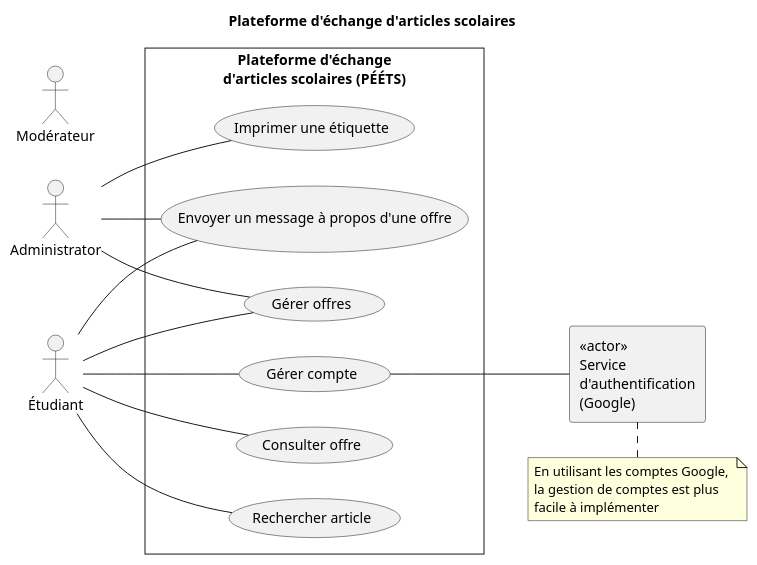
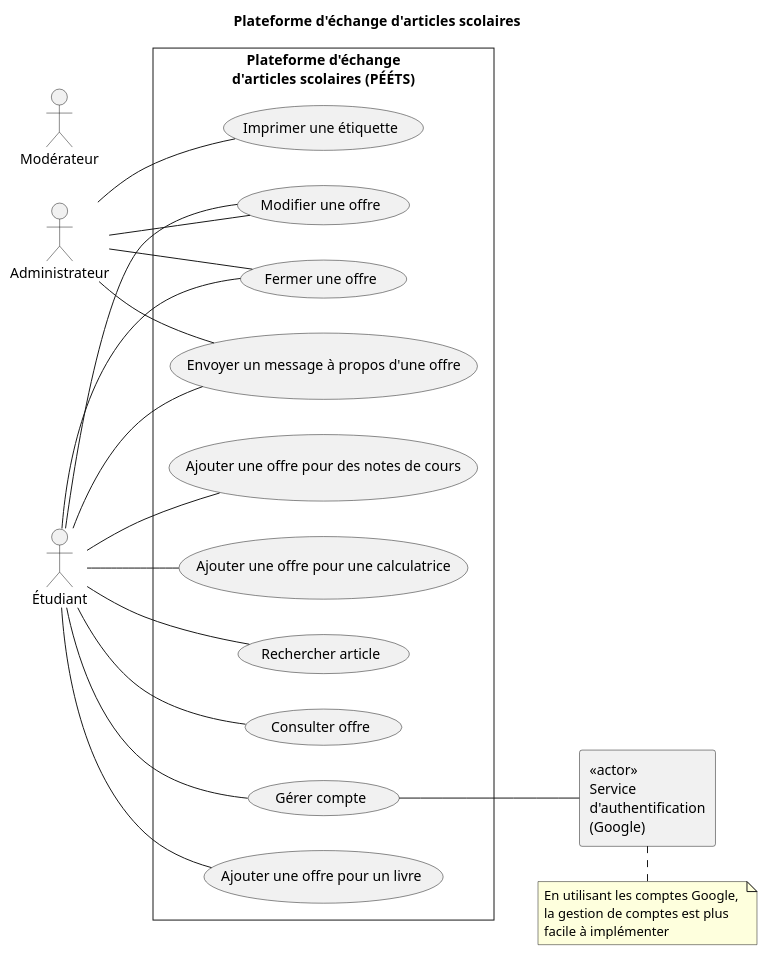
The diagram in OOAD/usecase.puml (fuhrmanator/gti792-peets), drawn with PlantUML before and after one commit.

Commit message:
Séparation du cas Gérer une offre
Nouveaux CUs : Ajouter une offre pour un livre, Ajouter une offre pour des notes de cours, Ajouter une offre pour une calcularice, Modifier une offre, Fermer une offre

```diff
--- a/OOAD/usecase.puml
+++ b/OOAD/usecase.puml
@@ -1,27 +1,32 @@
 @startuml
 title Plateforme d'échange d'articles scolaires
 left to right direction
 skinparam style strictuml
 skinparam packageStyle rect
-actor Administrator
+actor Administrateur
 actor Étudiant
 actor Modérateur
 rectangle "<<actor>>\nService\nd'authentification\n(Google)" as SA
 rectangle "Plateforme d'échange\nd'articles scolaires (PÉÉTS)" {
   Étudiant -- (Gérer compte)
   (Gérer compte) -- SA
-  Étudiant -- (Gérer offres)
+  Étudiant -- (Ajouter une offre pour un livre)
+  Étudiant -- (Ajouter une offre pour des notes de cours)
+  Étudiant -- (Ajouter une offre pour une calculatrice)
+  Étudiant -- (Modifier une offre)
+  Étudiant -- (Fermer une offre)
   Étudiant -- (Rechercher article)
   Étudiant -- (Consulter offre)
   Étudiant -- (Envoyer un message à propos d'une offre)
-  Administrator -- (Gérer offres)
-  Administrator -- (Imprimer une étiquette)
-  Administrator -- (Envoyer un message à propos d'une offre)
+  Administrateur -- (Modifier une offre)
+  Administrateur -- (Fermer une offre)
+  Administrateur -- (Imprimer une étiquette)
+  Administrateur -- (Envoyer un message à propos d'une offre)
 }
 note as N1
  En utilisant les comptes Google, 
  la gestion de comptes est plus
  facile à implémenter
 end note
 SA . N1
 @enduml
```
